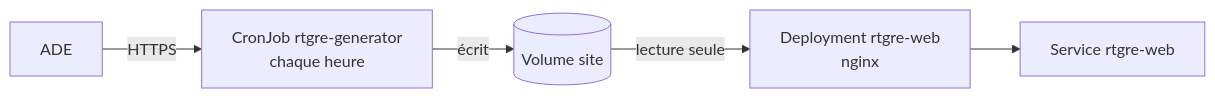
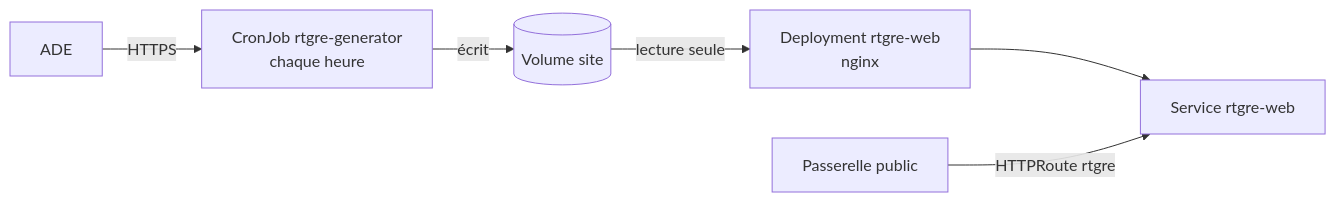
Before and after one commit to kzsxwsjuldvcbsqt/rtgre-platform: the diagram in kubernetes/rtgre/README.md, drawn with Mermaid. The commit also changed other lines of this file and 4 other files, not shown here.

````diff
--- a/kubernetes/rtgre/README.md
+++ b/kubernetes/rtgre/README.md
@@ -5,7 +5,8 @@
 ```mermaid
 flowchart LR
     ADE[ADE] -->|HTTPS| G[CronJob rtgre-generator<br>chaque heure]
     G -->|écrit| V[(Volume site)]
     V -->|lecture seule| W[Deployment rtgre-web<br>nginx]
     W --> S[Service rtgre-web]
+    P[Passerelle public] -->|HTTPRoute rtgre| S
 ```
````
